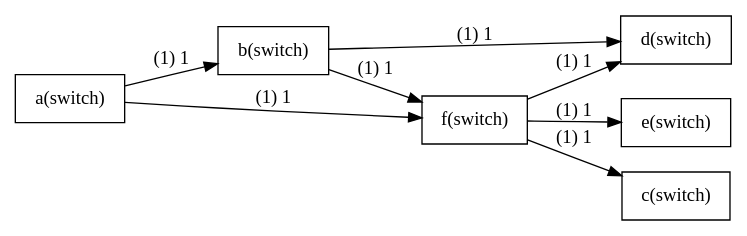
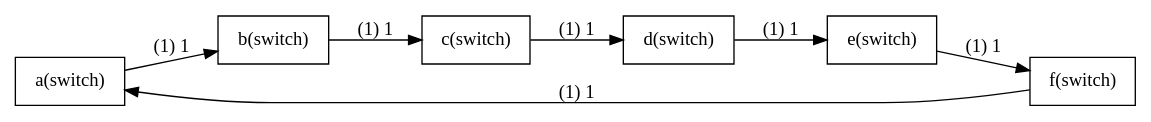
Before and after one commit to Chen-Hsi-Feng/2019-spring-gt: the diagram in plot.dot, drawn with Graphviz. The commit also changed 3 other files, not shown here.

```diff
--- a/plot.dot
+++ b/plot.dot
@@ -1,27 +1,24 @@
 digraph G{
 rankdir=LR;
 node [shape=record];
 
 a [label="a(switch)"];
 b [label="b(switch)"];
 a->b[label="(1) 1"];
+b [label="b(switch)"];
+c [label="c(switch)"];
+b->c[label="(1) 1"];
+c [label="c(switch)"];
+d [label="d(switch)"];
+c->d[label="(1) 1"];
+d [label="d(switch)"];
+e [label="e(switch)"];
+d->e[label="(1) 1"];
+e [label="e(switch)"];
+f [label="f(switch)"];
+e->f[label="(1) 1"];
+f [label="f(switch)"];
 a [label="a(switch)"];
-f [label="f(switch)"];
-a->f[label="(1) 1"];
-b [label="b(switch)"];
-f [label="f(switch)"];
-b->f[label="(1) 1"];
-f [label="f(switch)"];
-e [label="e(switch)"];
-f->e[label="(1) 1"];
-f [label="f(switch)"];
-d [label="d(switch)"];
-f->d[label="(1) 1"];
-f [label="f(switch)"];
-c [label="c(switch)"];
-f->c[label="(1) 1"];
-b [label="b(switch)"];
-d [label="d(switch)"];
-b->d[label="(1) 1"];
+f->a[label="(1) 1"];
 
 }
```
